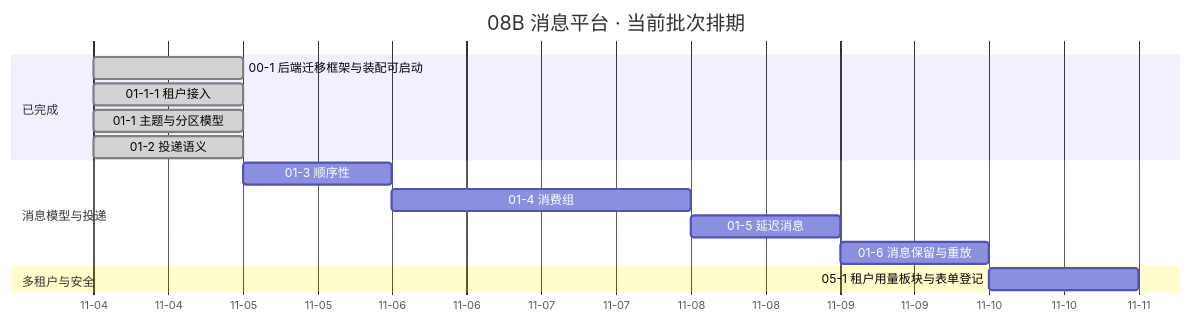
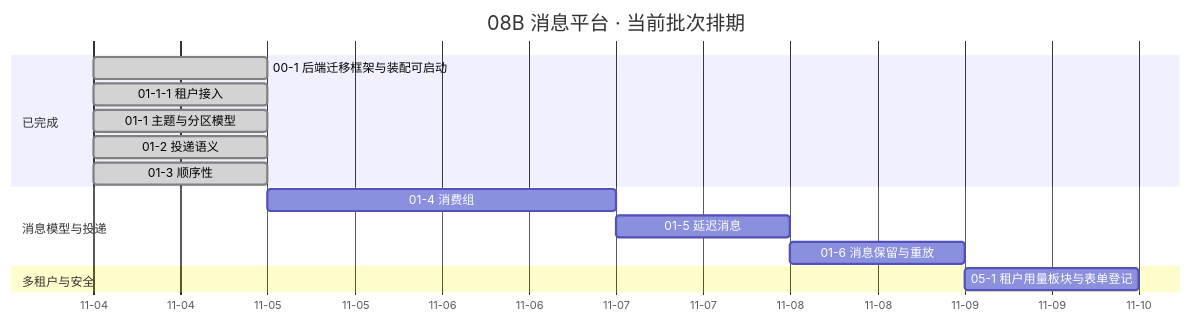
The diagram in msg文档/项目/08B_消息平台/计划/01_计划_消息平台.md (minjian123/message-platform), drawn with Mermaid before and after one commit. The commit also changed other lines of this file and 2 other files, not shown here.

Commit message:
docs(msg): 01-3 顺序性（实施与测试记录 / 计划回写）

````diff
--- a/msg文档/项目/08B_消息平台/计划/01_计划_消息平台.md
+++ b/msg文档/项目/08B_消息平台/计划/01_计划_消息平台.md
@@ -46,18 +46,18 @@
 ```mermaid
 gantt
     title 08B 消息平台 · 当前批次排期
     dateFormat YYYY-MM-DD
     axisFormat %m-%d
     section 已完成
     00-1 后端迁移框架与装配可启动 :done, d001, 2026-11-04, 1d
     01-1-1 租户接入 :done, d0111, 2026-11-04, 1d
     01-1 主题与分区模型 :done, t011, 2026-11-04, 1d
     01-2 投递语义 :done, t012, 2026-11-04, 1d
+    01-3 顺序性 :done, t013, 2026-11-04, 1d
     section 消息模型与投递
-    01-3 顺序性 :t013, after t012, 1d
     01-4 消费组 :t014, after t013, 2d
     01-5 延迟消息 :t015, after t014, 1d
     01-6 消息保留与重放 :t016, after t015, 1d
     section 多租户与安全
     05-1 租户用量板块与表单登记 :t051, after t016, 1d
 ```
````
